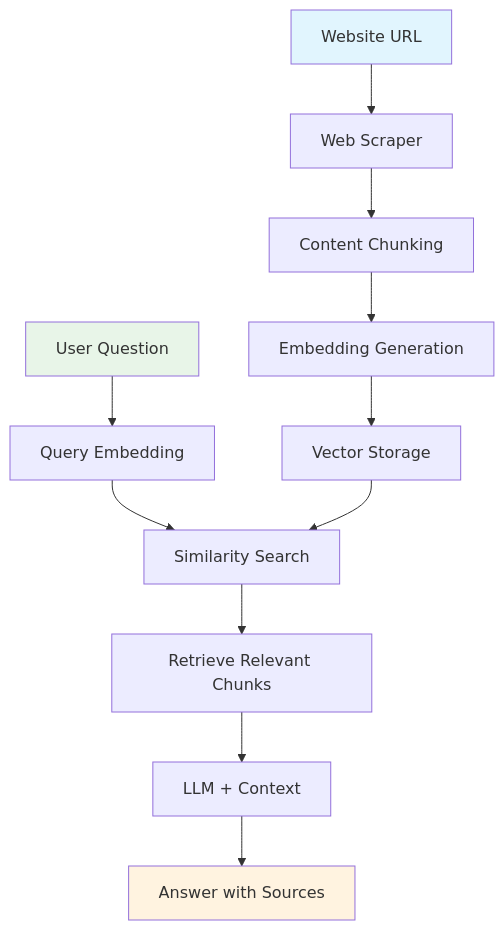
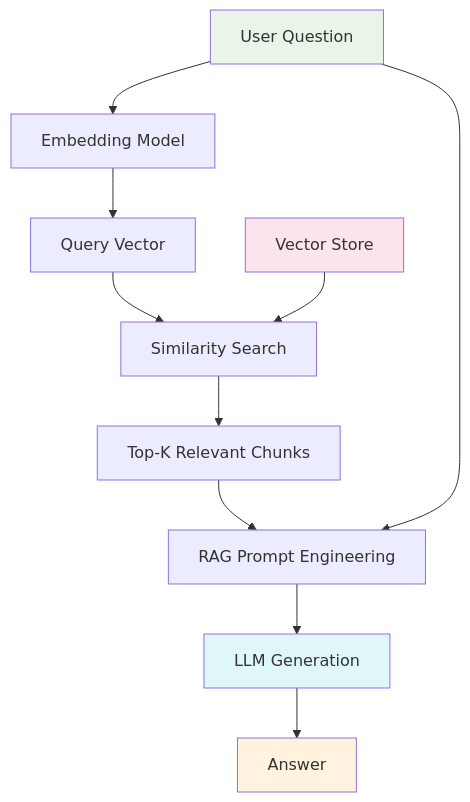
The third of 3 diagrams in api/demos/website_rag/README.md (learnwithparam/monkey-kata), drawn with Mermaid before and after one commit. The commit also changed other lines of this file and 12 other files, not shown here.

````diff
--- a/api/demos/website_rag/README.md
+++ b/api/demos/website_rag/README.md
@@ -17,18 +124,16 @@
-```mermaid
-graph TD
-    A[Website URL] --> B[Web Scraper]
-    B --> C[Content Chunking]
-    C --> D[Embedding Generation]
-    D --> E[Vector Storage]
-    
-    F[User Question] --> G[Query Embedding]
-    G --> H[Similarity Search]
-    E --> H
-    H --> I[Retrieve Relevant Chunks]
-    I --> J[LLM + Context]
-    J --> K[Answer with Sources]
-    
-    style A fill:#e1f5fe
-    style F fill:#e8f5e8
-    style K fill:#fff3e0
-```
+  ```mermaid
+  graph TD
+      A["User Question"] --> B["Embedding Model"]
+      B --> C["Query Vector"]
+      C --> D["Similarity Search"]
+      E["Vector Store"] --> D
+      D --> F["Top-K Relevant Chunks"]
+      F --> G["RAG Prompt Engineering"]
+      A --> G
+      G --> H["LLM Generation"]
+      H --> I["Answer"]
+      style A fill:#e8f5e8
+      style E fill:#fce4ec
+      style H fill:#e0f7fa
+      style I fill:#fff3e0
+  ```
````
